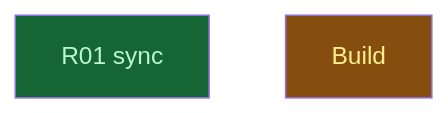
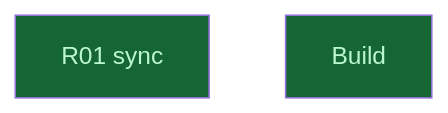
One commit to CrackingShells/cracking-shells-playbook changed the diagram in __roadmap__/m1-core-foundation/settle/README.md. Above: the diagram before and after it, drawn with Mermaid. The commit also changed other lines of this file and 11 other files, not shown here.

First line of the commit message:
chore(roadmap): mark the m1-core-foundation campaign done

````diff
--- a/__roadmap__/m1-core-foundation/settle/README.md
+++ b/__roadmap__/m1-core-foundation/settle/README.md
@@ -17,10 +17,10 @@
 ```mermaid
 graph TD
     r01_sync[R01 sync]:::done
-    build[Build]:::inprogress
+    build[Build]:::done
     classDef done       fill:#166534,color:#bbf7d0
     classDef inprogress fill:#854d0e,color:#fef08a
     classDef planned    fill:#374151,color:#e5e7eb
     classDef amendment  fill:#1e3a5f,color:#bfdbfe
     classDef blocked    fill:#7f1d1d,color:#fecaca
 ```
````
